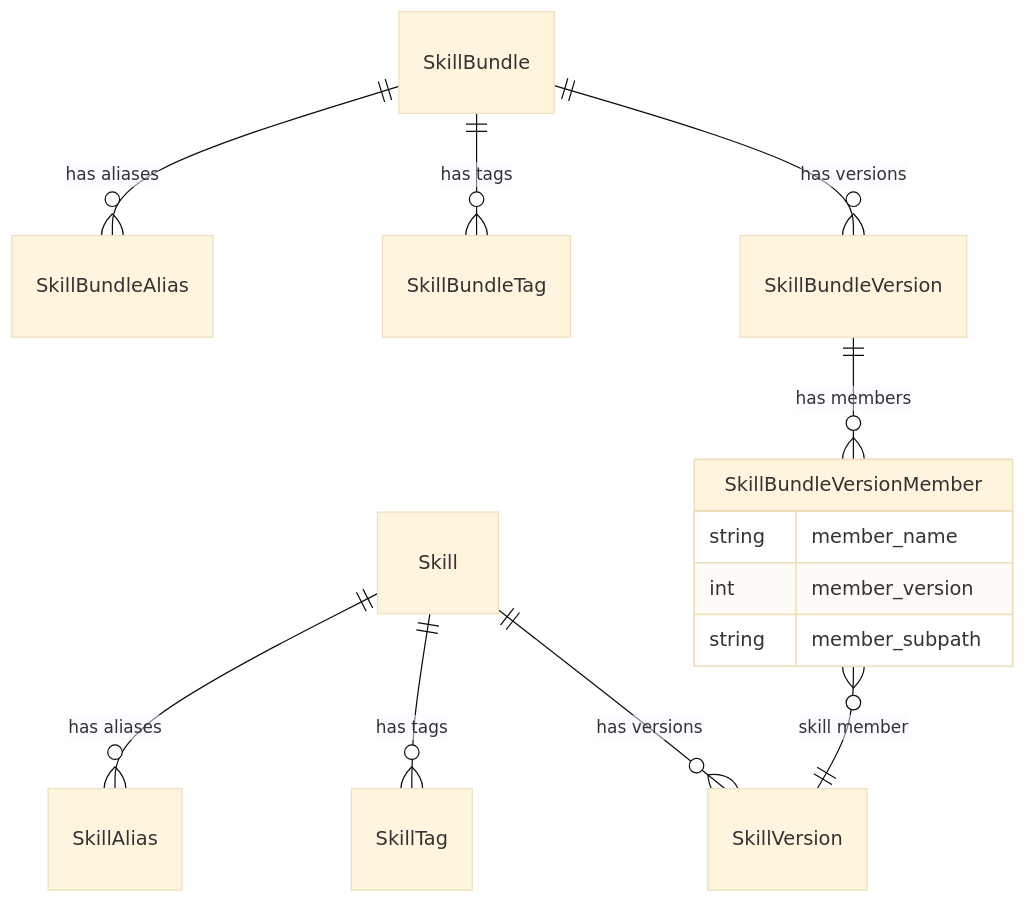
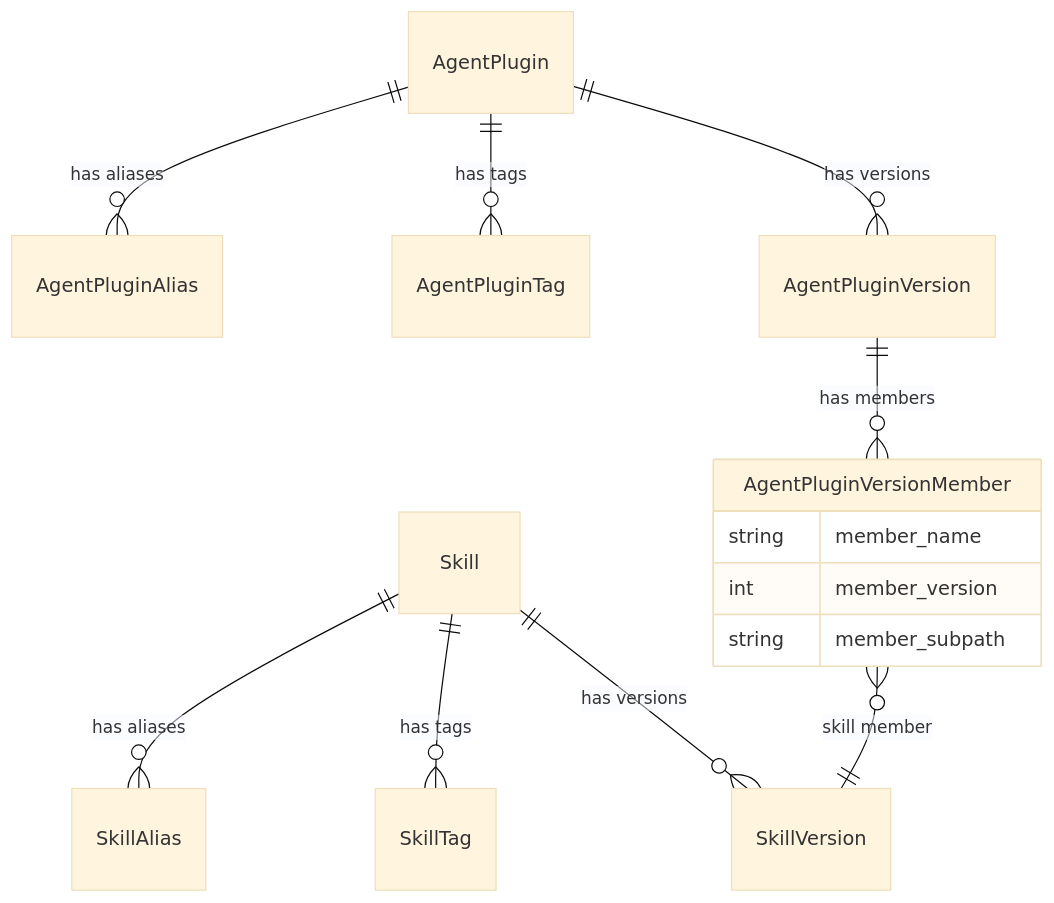
One commit to jwm4/rfcs changed the first of 2 diagrams in rfcs/0008-mvp-skill-registry/0008-mvp-skill-registry.md. Above: the diagram before and after it, drawn with Mermaid (base theme). The commit also changed other lines of this file and 1 other file, not shown here.

First line of the commit message:
Rename SkillBundle to AgentPlugin throughout RFC and implementation details

````diff
--- a/rfcs/0008-mvp-skill-registry/0008-mvp-skill-registry.md
+++ b/rfcs/0008-mvp-skill-registry/0008-mvp-skill-registry.md
@@ -408,17 +411,17 @@
 ```mermaid
 erDiagram
 Skill ||--o{ SkillVersion : "has versions"
 Skill ||--o{ SkillTag : "has tags"
 Skill ||--o{ SkillAlias : "has aliases"
-SkillBundle ||--o{ SkillBundleVersion : "has versions"
-SkillBundle ||--o{ SkillBundleTag : "has tags"
-SkillBundle ||--o{ SkillBundleAlias : "has aliases"
-SkillBundleVersion ||--o{ SkillBundleVersionMember : "has members"
-SkillBundleVersionMember }o--|| SkillVersion : "skill member"
+AgentPlugin ||--o{ AgentPluginVersion : "has versions"
+AgentPlugin ||--o{ AgentPluginTag : "has tags"
+AgentPlugin ||--o{ AgentPluginAlias : "has aliases"
+AgentPluginVersion ||--o{ AgentPluginVersionMember : "has members"
+AgentPluginVersionMember }o--|| SkillVersion : "skill member"
 
-SkillBundleVersionMember {
+AgentPluginVersionMember {
   string member_name
   int member_version
   string member_subpath
 }
 ```
````
